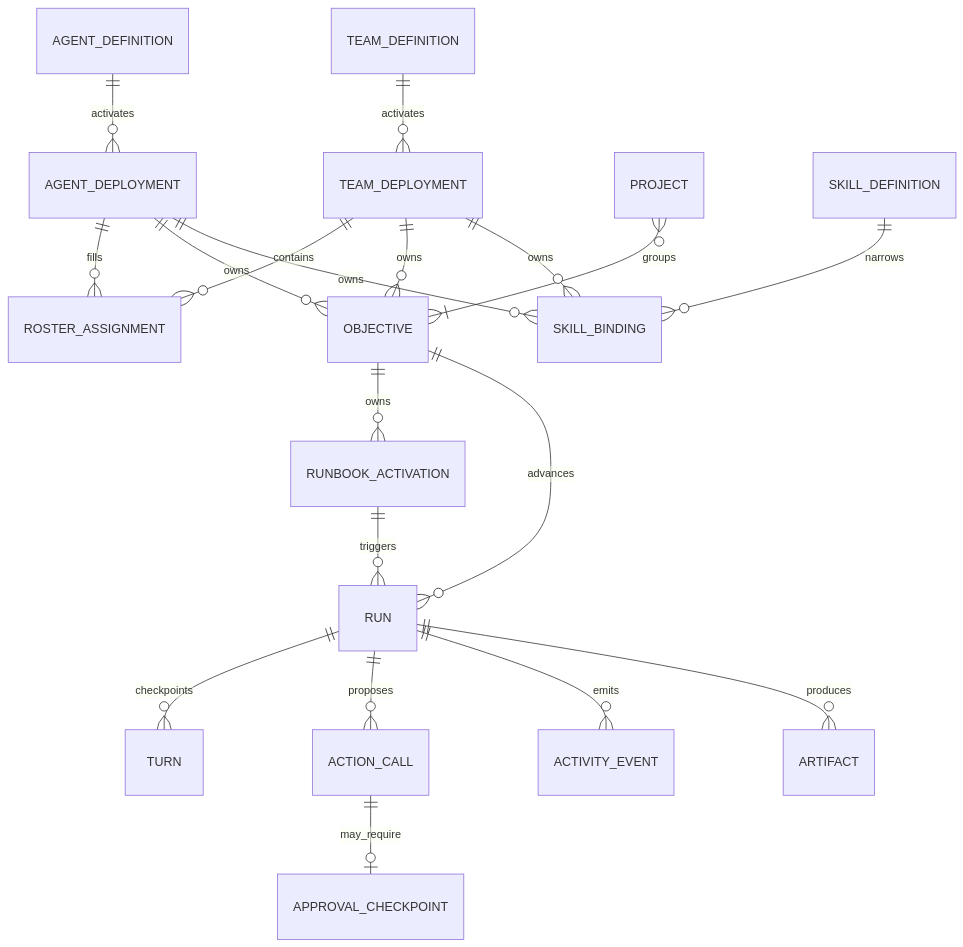
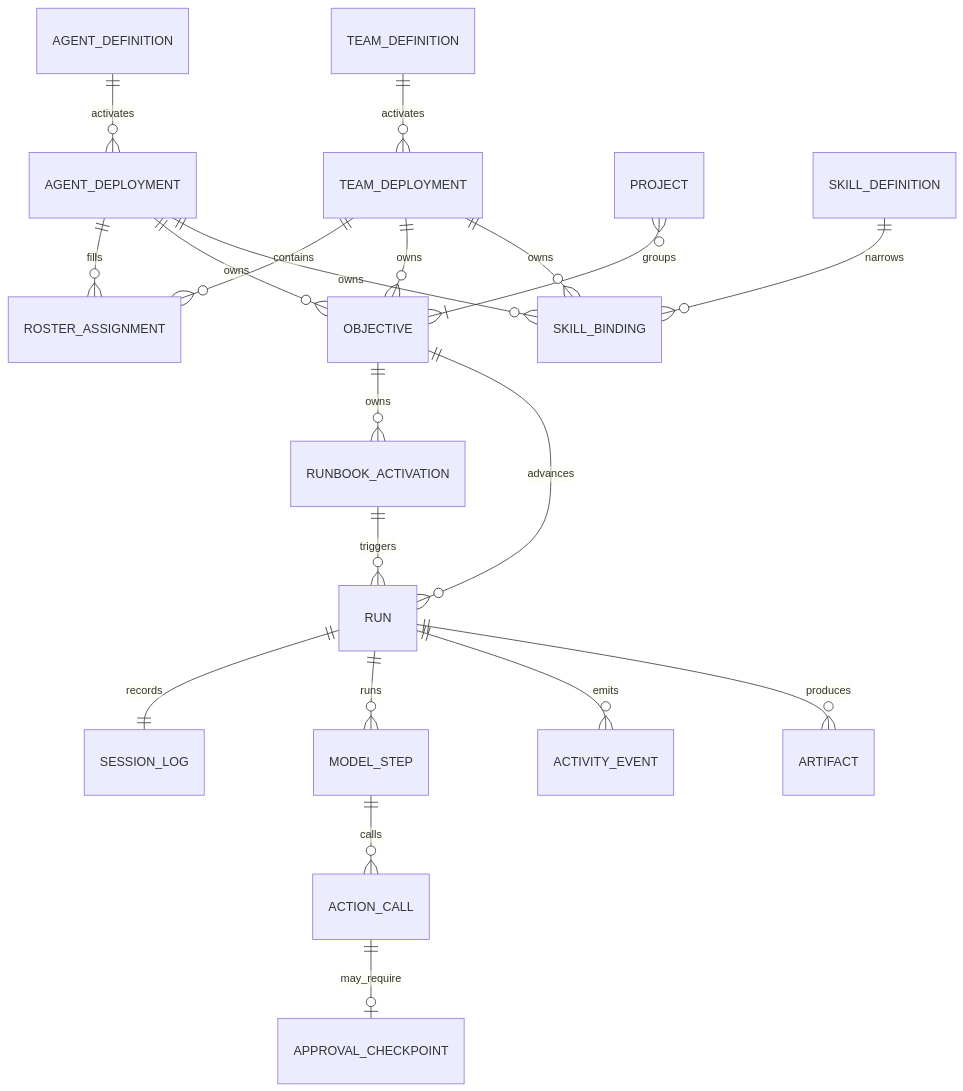
One commit to axiom-studio/openseal changed the second of 5 diagrams in docs/dev-docs/architecture/autonomous-agent-runtime.md. Above: the diagram before and after it, drawn with Mermaid. The commit also changed other lines of this file and 10 other files, not shown here.

Commit message:
Docs and the Rowan example now describe Runs as an agent loop of model steps, with agent-turns v2 and the new step budgets.

````diff
--- a/docs/dev-docs/architecture/autonomous-agent-runtime.md
+++ b/docs/dev-docs/architecture/autonomous-agent-runtime.md
@@ -57,21 +57,22 @@
 ```mermaid
 erDiagram
     AGENT_DEFINITION ||--o{ AGENT_DEPLOYMENT : activates
     TEAM_DEFINITION ||--o{ TEAM_DEPLOYMENT : activates
     TEAM_DEPLOYMENT ||--o{ ROSTER_ASSIGNMENT : contains
     AGENT_DEPLOYMENT ||--o{ ROSTER_ASSIGNMENT : fills
     AGENT_DEPLOYMENT ||--o{ OBJECTIVE : owns
     TEAM_DEPLOYMENT ||--o{ OBJECTIVE : owns
     PROJECT }o--|{ OBJECTIVE : groups
     OBJECTIVE ||--o{ RUNBOOK_ACTIVATION : owns
     RUNBOOK_ACTIVATION ||--o{ RUN : triggers
     OBJECTIVE ||--o{ RUN : advances
-    RUN ||--o{ TURN : checkpoints
-    RUN ||--o{ ACTION_CALL : proposes
+    RUN ||--|| SESSION_LOG : records
+    RUN ||--o{ MODEL_STEP : runs
+    MODEL_STEP ||--o{ ACTION_CALL : calls
     ACTION_CALL ||--o| APPROVAL_CHECKPOINT : may_require
     SKILL_DEFINITION ||--o{ SKILL_BINDING : narrows
     AGENT_DEPLOYMENT ||--o{ SKILL_BINDING : owns
     TEAM_DEPLOYMENT ||--o{ SKILL_BINDING : owns
     RUN ||--o{ ACTIVITY_EVENT : emits
     RUN ||--o{ ARTIFACT : produces
 ```
````
